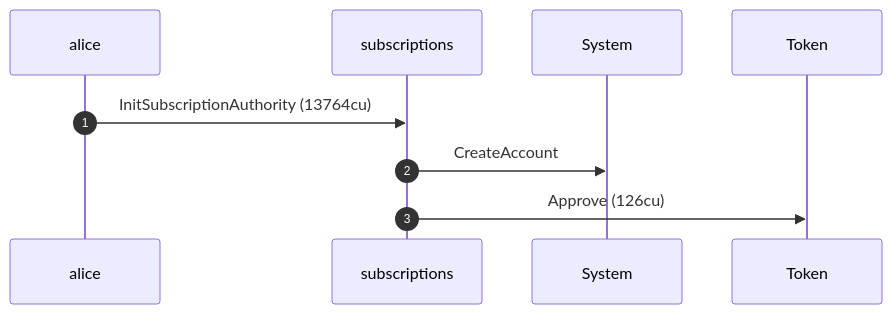
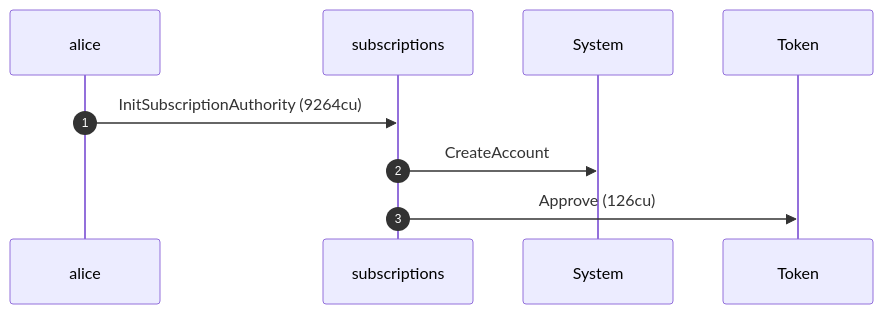
Before and after one commit to cds-rs/subscriptions: the first of 4 diagrams in dsl_tests/initialize-with-a-sponsor.md, drawn with Mermaid. The commit also changed other lines of this file and 224 other files, not shown here.

````diff
--- a/dsl_tests/initialize-with-a-sponsor.md
+++ b/dsl_tests/initialize-with-a-sponsor.md
@@ -25,11 +26,11 @@
 ```mermaid
 sequenceDiagram
     autonumber
     participant alice
     participant subscriptions
     participant System
     participant Token
-    alice ->> subscriptions: InitSubscriptionAuthority (13764cu)
+    alice ->> subscriptions: InitSubscriptionAuthority (9264cu)
     subscriptions ->> System: CreateAccount
     subscriptions ->> Token: Approve (126cu)
 ```
````
